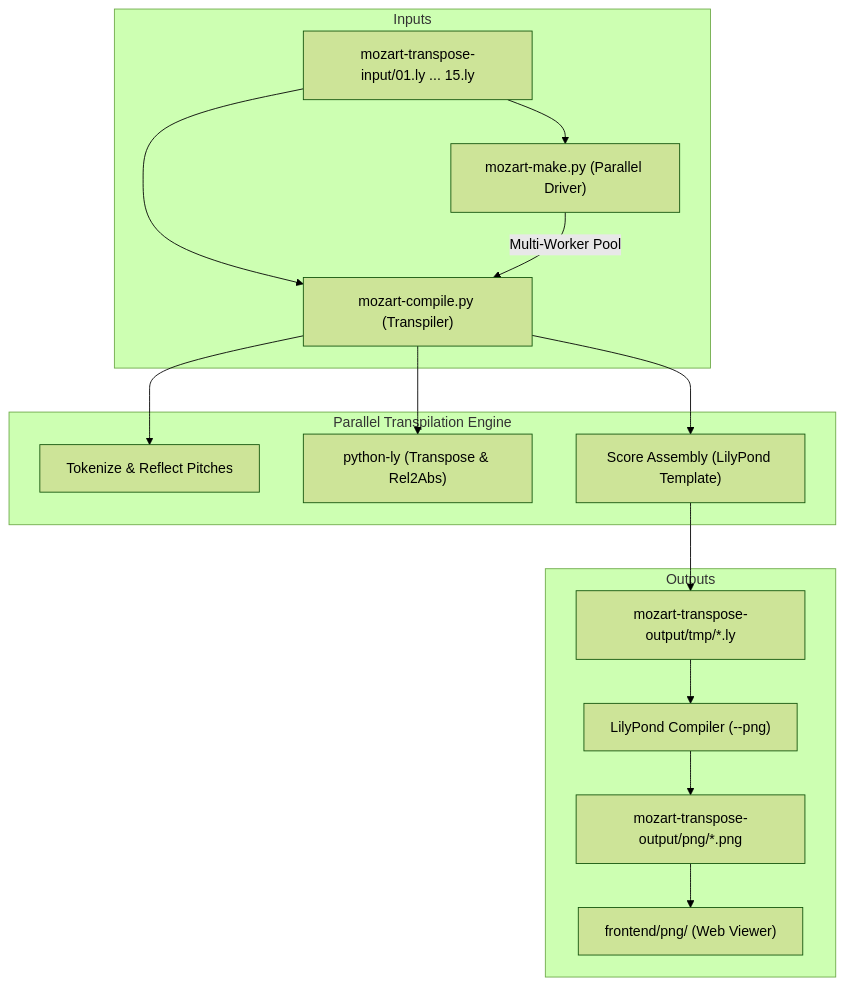
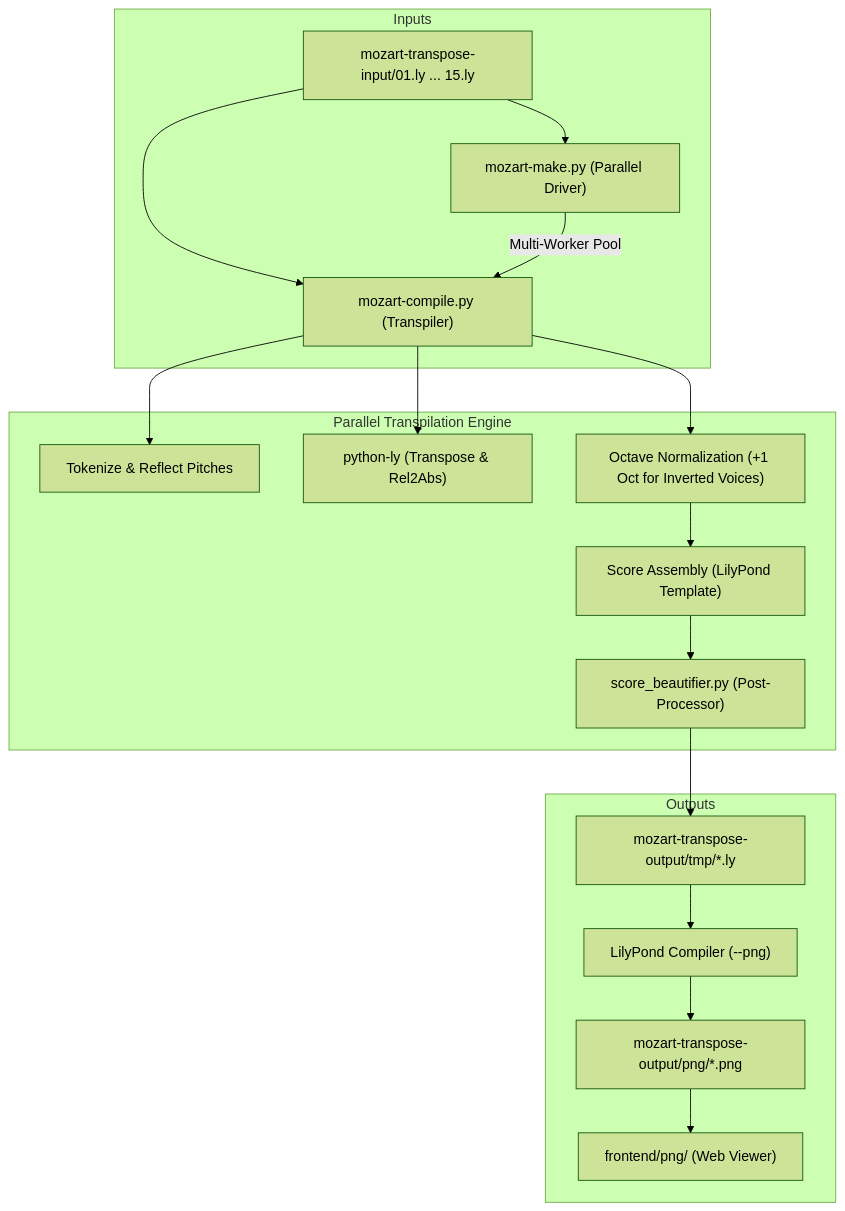
One commit to BenjaminPritchard/bach-in-the-mirror changed the diagram in readme.md. Above: the diagram before and after it, drawn with Mermaid (forest theme). The commit also changed other lines of this file and 13 other files, not shown here.

````diff
--- a/readme.md
+++ b/readme.md
@@ -40,21 +201,23 @@
 ```mermaid
 flowchart TD
     subgraph Inputs
         I1["mozart-transpose-input/01.ly ... 15.ly"] --> Driver["mozart-make.py (Parallel Driver)"]
         I1 --> Single["mozart-compile.py (Transpiler)"]
     end
 
     subgraph Parallel Transpilation Engine
         Driver -->|Multi-Worker Pool| Single
         Single --> Tokenizer["Tokenize & Reflect Pitches"]
         Single --> LY["python-ly (Transpose & Rel2Abs)"]
-        Single --> Assembly["Score Assembly (LilyPond Template)"]
+        Single --> OctaveNorm["Octave Normalization (+1 Oct for Inverted Voices)"]
+        OctaveNorm --> Assembly["Score Assembly (LilyPond Template)"]
+        Assembly --> Beautifier["score_beautifier.py (Post-Processor)"]
     end
 
     subgraph Outputs
-        Assembly --> OutLy["mozart-transpose-output/tmp/*.ly"]
+        Beautifier --> OutLy["mozart-transpose-output/tmp/*.ly"]
         OutLy --> LP["LilyPond Compiler (--png)"]
         LP --> OutPNG["mozart-transpose-output/png/*.png"]
         OutPNG --> Web["frontend/png/ (Web Viewer)"]
     end
 ```
````
